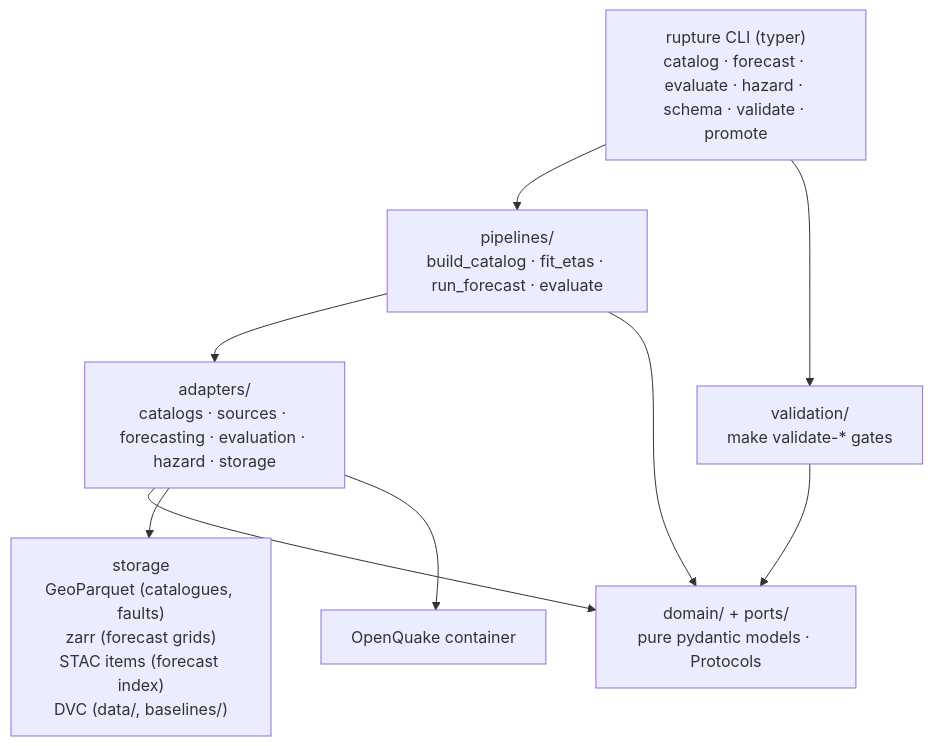
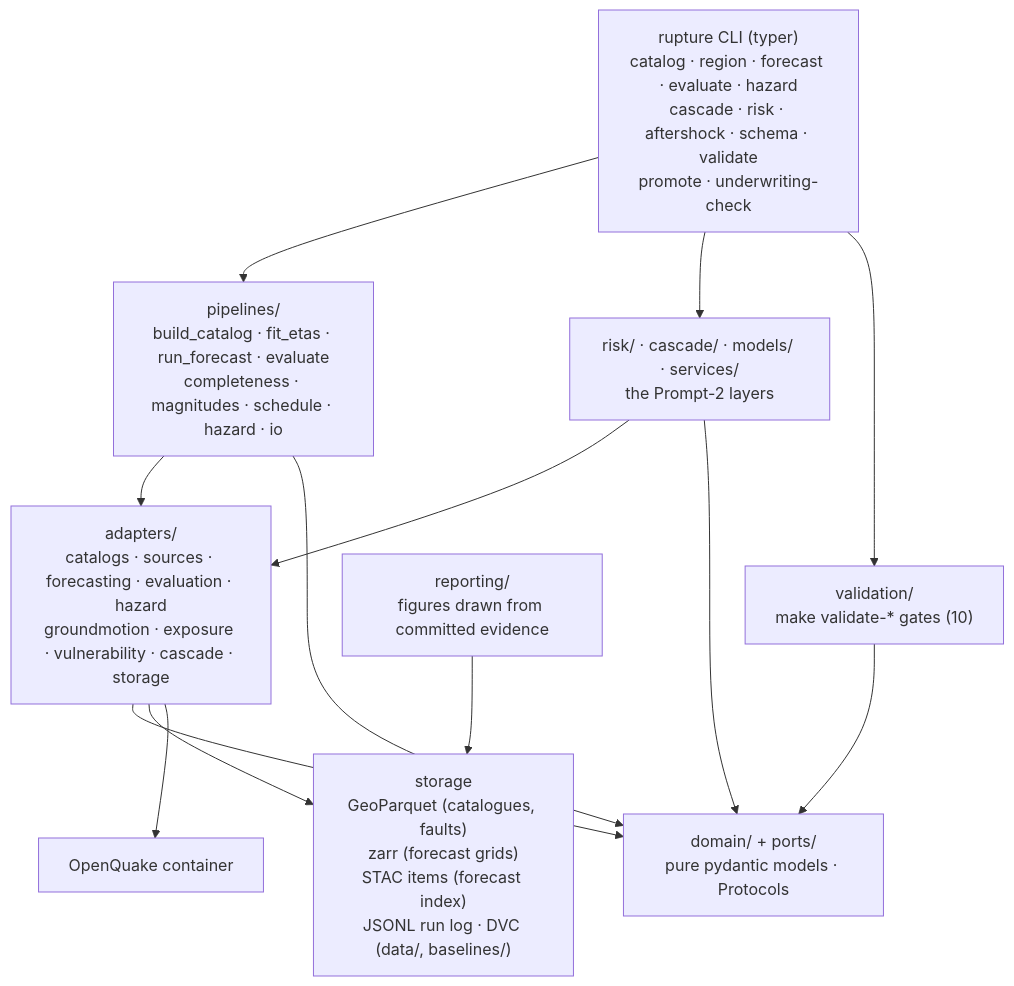
One commit to dizzy1900/rupture changed the second of 3 diagrams in docs/ARCHITECTURE.md. Above: the diagram before and after it, drawn with Mermaid. The commit also changed other lines of this file and 22 other files, not shown here.

First line of the commit message:
Make the docs agree with the code, and give the challenger evaluation its plots

````diff
--- a/docs/ARCHITECTURE.md
+++ b/docs/ARCHITECTURE.md
@@ -40,18 +50,23 @@
 ```mermaid
 flowchart TB
-  CLI["rupture CLI (typer)<br/>catalog · forecast · evaluate · hazard · schema · validate · promote"]
-  P["pipelines/<br/>build_catalog · fit_etas · run_forecast · evaluate"]
-  A["adapters/<br/>catalogs · sources · forecasting · evaluation · hazard · storage"]
+  CLI["rupture CLI (typer)<br/>catalog · region · forecast · evaluate · hazard<br/>cascade · risk · aftershock · schema · validate<br/>promote · underwriting-check"]
+  P["pipelines/<br/>build_catalog · fit_etas · run_forecast · evaluate<br/>completeness · magnitudes · schedule · hazard · io"]
+  L["risk/ · cascade/ · models/ · services/<br/>the Prompt-2 layers"]
+  A["adapters/<br/>catalogs · sources · forecasting · evaluation · hazard<br/>groundmotion · exposure · vulnerability · cascade · storage"]
   D["domain/ + ports/<br/>pure pydantic models · Protocols"]
-  ST["storage<br/>GeoParquet (catalogues, faults)<br/>zarr (forecast grids)<br/>STAC items (forecast index)<br/>DVC (data/, baselines/)"]
+  ST["storage<br/>GeoParquet (catalogues, faults)<br/>zarr (forecast grids)<br/>STAC items (forecast index)<br/>JSONL run log · DVC (data/, baselines/)"]
   OQC["OpenQuake container"]
-  V["validation/<br/>make validate-* gates"]
+  V["validation/<br/>make validate-* gates (10)"]
+  RP["reporting/<br/>figures drawn from committed evidence"]
 
   CLI --> P --> A
+  CLI --> L --> A
   A --> D
   P --> D
+  L --> D
   A --> ST
   A --> OQC
   CLI --> V
   V --> D
+  RP --> ST
 ```
````
